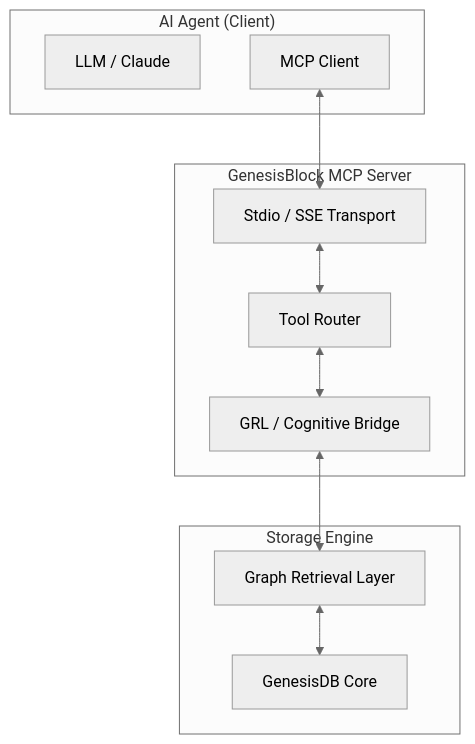
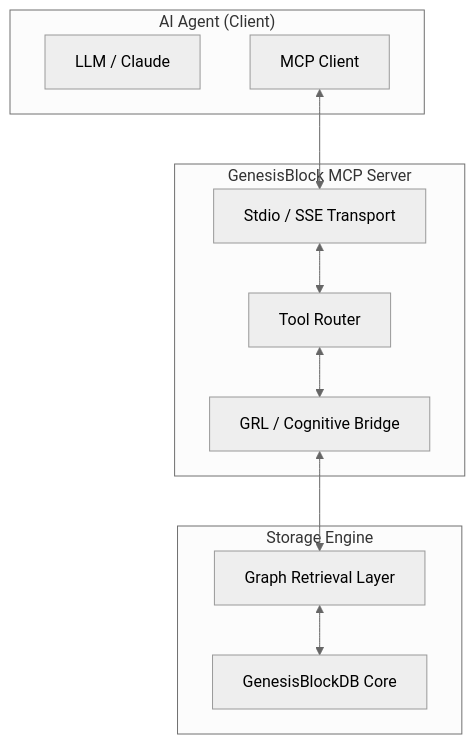
One commit to Freshair129/GenesisBlock changed the diagram in docs/SPEC--MCP-SERVER.md. Above: the diagram before and after it, drawn with Mermaid (neutral theme). The commit also changed other lines of this file and 82 other files, not shown here.

First line of the commit message:
docs: rename GenesisDB -> GenesisBlockDB across repo

````diff
--- a/docs/SPEC--MCP-SERVER.md
+++ b/docs/SPEC--MCP-SERVER.md
@@ -27,24 +27,24 @@
 ```mermaid
 graph TD
     subgraph "AI Agent (Client)"
         LLM[LLM / Claude]
         MCP_Client[MCP Client]
     end
     
     subgraph "GenesisBlock MCP Server"
         Transport[Stdio / SSE Transport]
         Router[Tool Router]
         GRL_Bridge[GRL / Cognitive Bridge]
     end
     
     subgraph "Storage Engine"
-        Core[GenesisDB Core]
+        Core[GenesisBlockDB Core]
         GRL[Graph Retrieval Layer]
     end
     
     MCP_Client <--> Transport
     Transport <--> Router
     Router <--> GRL_Bridge
     GRL_Bridge <--> GRL
     GRL <--> Core
 ```
````
